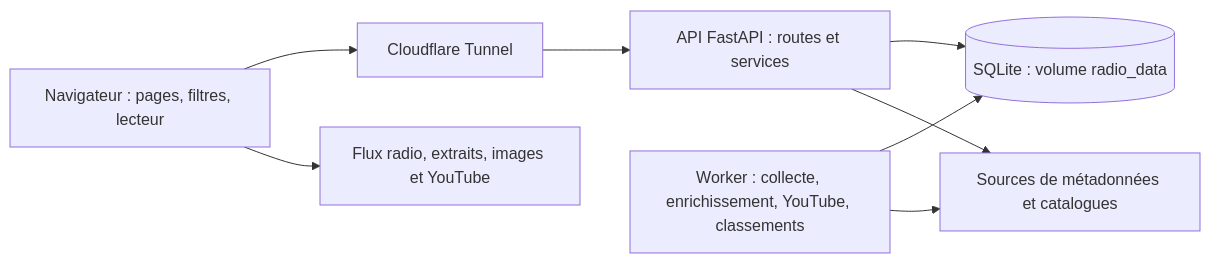
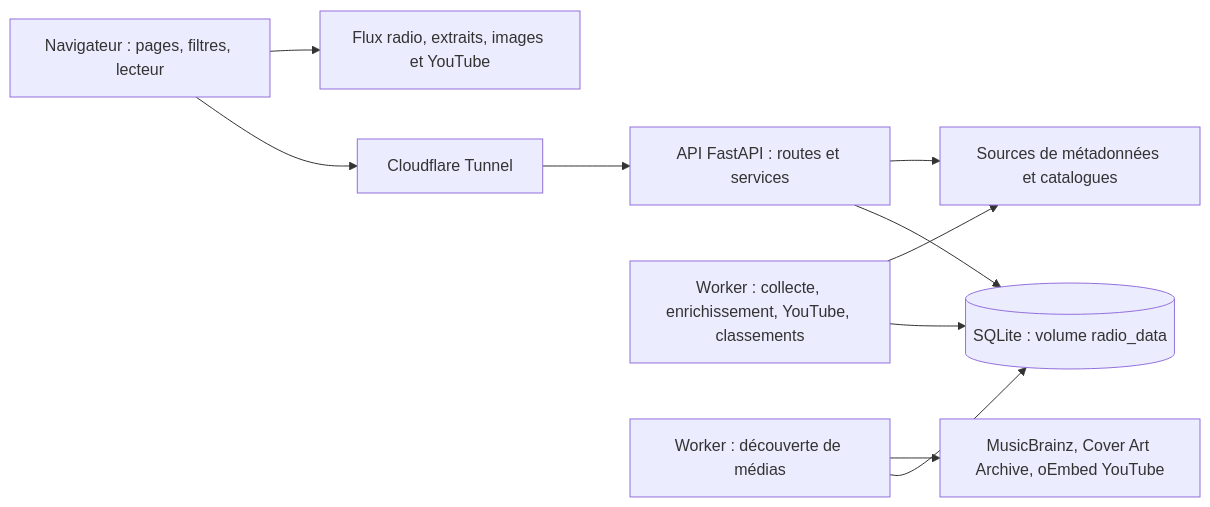
The diagram in ARCHITECTURE.md (Hicha-m/track-radio), drawn with Mermaid before and after one commit. The commit also changed other lines of this file and 20 other files, not shown here.

Commit message:
Recherche automatiquement les médias manquants dans un worker séparé

````diff
--- a/ARCHITECTURE.md
+++ b/ARCHITECTURE.md
@@ -29,10 +32,12 @@
 ```mermaid
 flowchart LR
     N[Navigateur : pages, filtres, lecteur] --> T[Cloudflare Tunnel]
     T --> A[API FastAPI : routes et services]
     A --> B[(SQLite : volume radio_data)]
     W[Worker : collecte, enrichissement, YouTube, classements] --> B
     W --> S[Sources de métadonnées et catalogues]
+    D[Worker : découverte de médias] --> B
+    D --> MB[MusicBrainz, Cover Art Archive, oEmbed YouTube]
     A --> S
     N --> M[Flux radio, extraits, images et YouTube]
 ```
````
